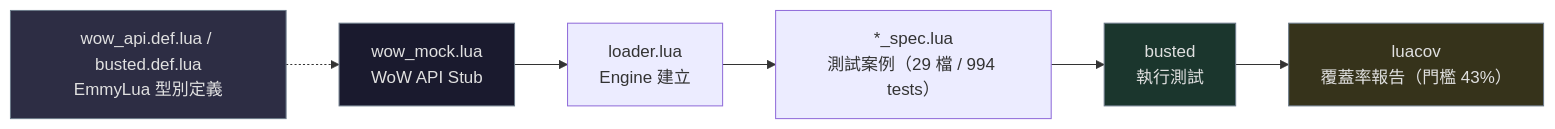
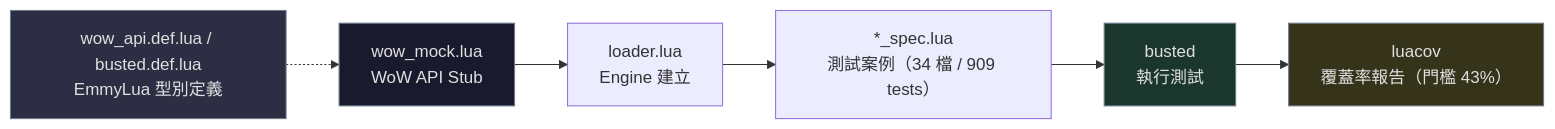
One commit to Neal75418/lunar-ui changed the second of 2 diagrams in CLAUDE.md. Above: the diagram before and after it, drawn with Mermaid. The commit also changed other lines of this file and 3 other files, not shown here.

````diff
--- a/CLAUDE.md
+++ b/CLAUDE.md
@@ -167,13 +170,13 @@
 ```mermaid
 graph LR
     TypeDef["wow_api.def.lua / busted.def.lua<br/>EmmyLua 型別定義"] -.-> Mock
     Mock["wow_mock.lua<br/>WoW API Stub"] --> Loader["loader.lua<br/>Engine 建立"]
-    Loader --> Spec["*_spec.lua<br/>測試案例（29 檔 / 994 tests）"]
+    Loader --> Spec["*_spec.lua<br/>測試案例（34 檔 / 909 tests）"]
     Spec --> Busted["busted<br/>執行測試"]
     Busted --> Cov["luacov<br/>覆蓋率報告（門檻 43%）"]
 
     style TypeDef fill:#2d2d44,stroke:#6c7a89,color:#e0e0e0
     style Mock fill:#1a1a2e,stroke:#6c7a89,color:#e0e0e0
     style Busted fill:#1b362d,stroke:#6c7a89,color:#e0e0e0
     style Cov fill:#36331b,stroke:#6c7a89,color:#e0e0e0
 ```
````
